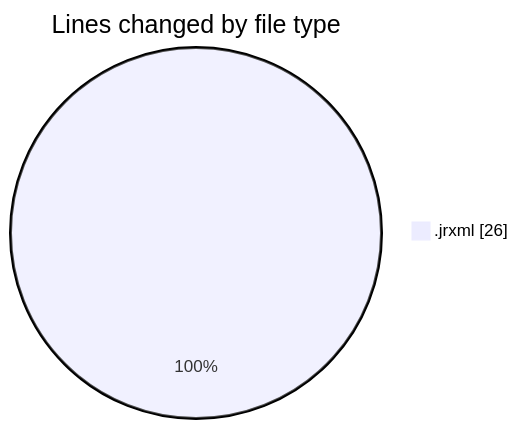
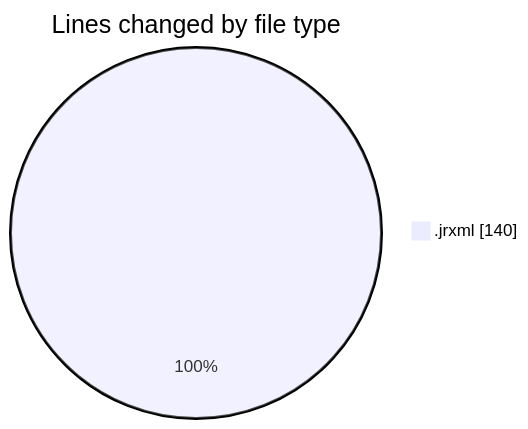
The first of 2 diagrams in 2026-06-30/cilreports__workspace_/README.md (ricardozamudiocil/code-tracking), drawn with Mermaid before and after one commit. The commit also changed other lines of this file and 2 other files, not shown here.

````diff
--- a/2026-06-30/cilreports__workspace_/README.md
+++ b/2026-06-30/cilreports__workspace_/README.md
@@ -20,5 +20,5 @@
 ```mermaid
 pie showData
 title Lines changed by file type
-".jrxml" : 26
+".jrxml" : 140
 ```
````
